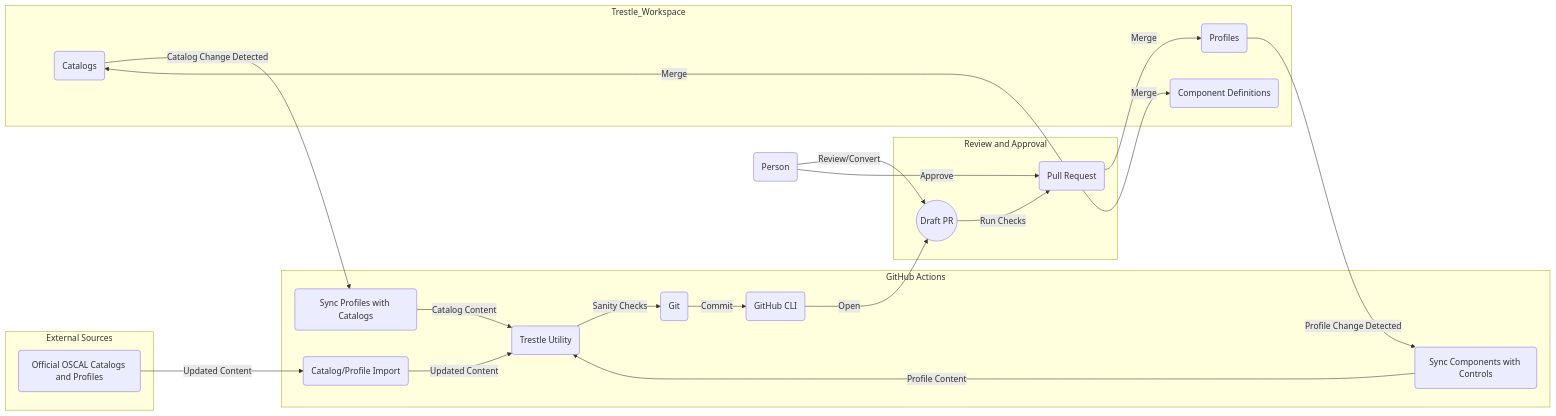
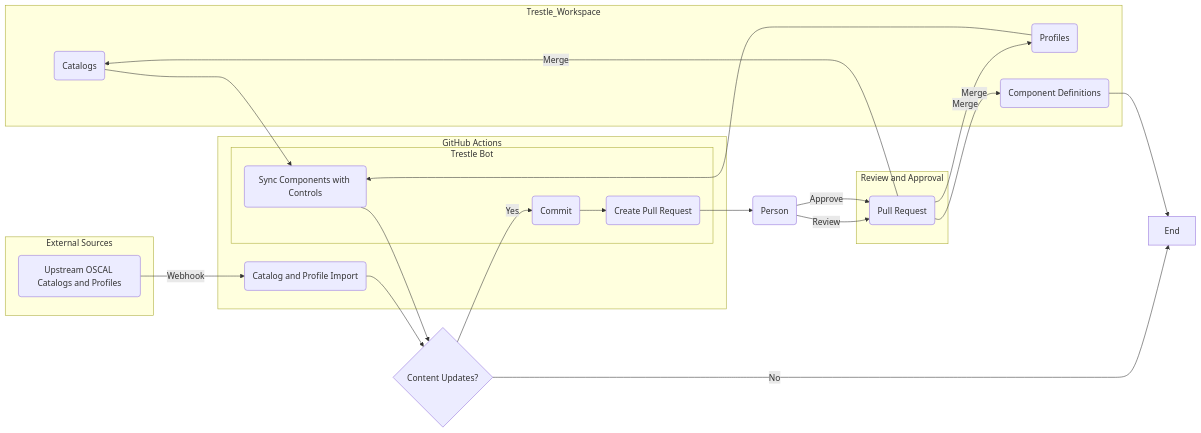
The diagram in README.md (RedHatProductSecurity/oscal-component-definitions), drawn with Mermaid before and after one commit. The commit also changed other lines of this file, not shown here.

Commit message:
docs: updates Mermaid diagram in README.md with updates workflow

````diff
--- a/README.md
+++ b/README.md
@@ -27,40 +27,40 @@
 ```mermaid
 graph LR
     subgraph Trestle_Workspace
         Catalogs(Catalogs)
         Profiles(Profiles)
         Component_Definitions(Component Definitions)
     end
     subgraph External Sources
-        Official_Catalogs_Profiles(Official OSCAL Catalogs and Profiles)
+        Upstream_Catalogs_Profiles(Upstream OSCAL Catalogs and Profiles)
     end
     subgraph GitHub Actions
-        Catalog_Profile_Import(Catalog/Profile Import)
-        Sync_Profiles(Sync Profiles with Catalogs)
-        Sync_Components(Sync Components with Controls)
-        Trestle_Utility(Trestle Utility)
-        Git(Git)
-        GitHub_CLI(GitHub CLI)
+        Catalog_Profile_Import(Catalog and Profile Import)
+        subgraph Trestle Bot
+            Commit(Commit)
+            Create_Pull_Request(Create Pull Request)
+            Sync_Components(Sync Components with Controls)
+        end
     end
     subgraph Review and Approval
-        Draft_PR((Draft PR))
         Pull_Request(Pull Request)
     end
     Person(Person)
 
-    Official_Catalogs_Profiles -- Updated Content --> Catalog_Profile_Import
-    Catalog_Profile_Import -- Updated Content --> Trestle_Utility
-    Trestle_Utility -- Sanity Checks --> Git
-    Git -- Commit--> GitHub_CLI
-    GitHub_CLI -- Open --> Draft_PR
-    Sync_Profiles -- Catalog Content --> Trestle_Utility
-    Sync_Components -- Profile Content --> Trestle_Utility
-    Draft_PR -- Run Checks --> Pull_Request
+    
+    Upstream_Catalogs_Profiles -- Webhook --> Catalog_Profile_Import
+    Catalog_Profile_Import --> A{Content Updates?}
+    A -- Yes --> Commit
+    Commit --> Create_Pull_Request
+    Create_Pull_Request --> Person
+    A -- No --> B[End]
     Pull_Request -- Merge --> Catalogs
     Pull_Request -- Merge --> Profiles
     Pull_Request -- Merge --> Component_Definitions
-    Catalogs -- Catalog Change Detected --> Sync_Profiles
-    Profiles -- Profile Change Detected --> Sync_Components
-    Person -- Review/Convert --> Draft_PR
+    Profiles --> Sync_Components
+    Catalogs --> Sync_Components
+    Sync_Components --> A
+    Person -- Review --> Pull_Request
     Person -- Approve --> Pull_Request
+    Component_Definitions --> B
 ```
````
